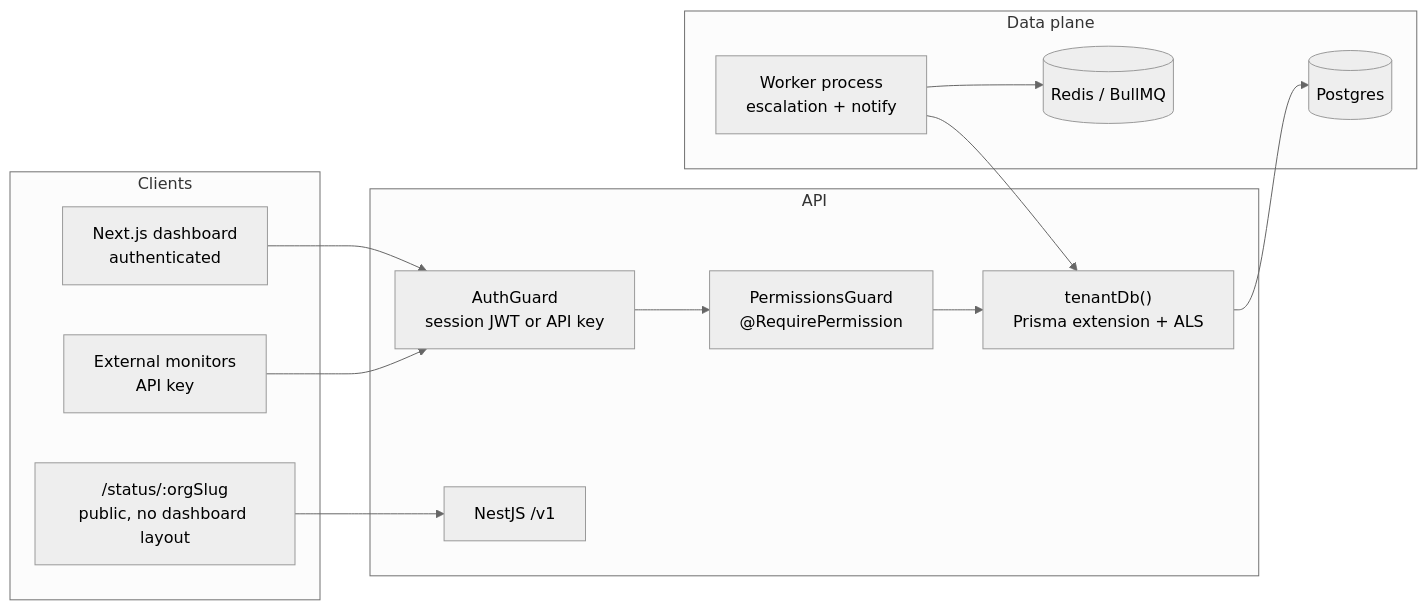
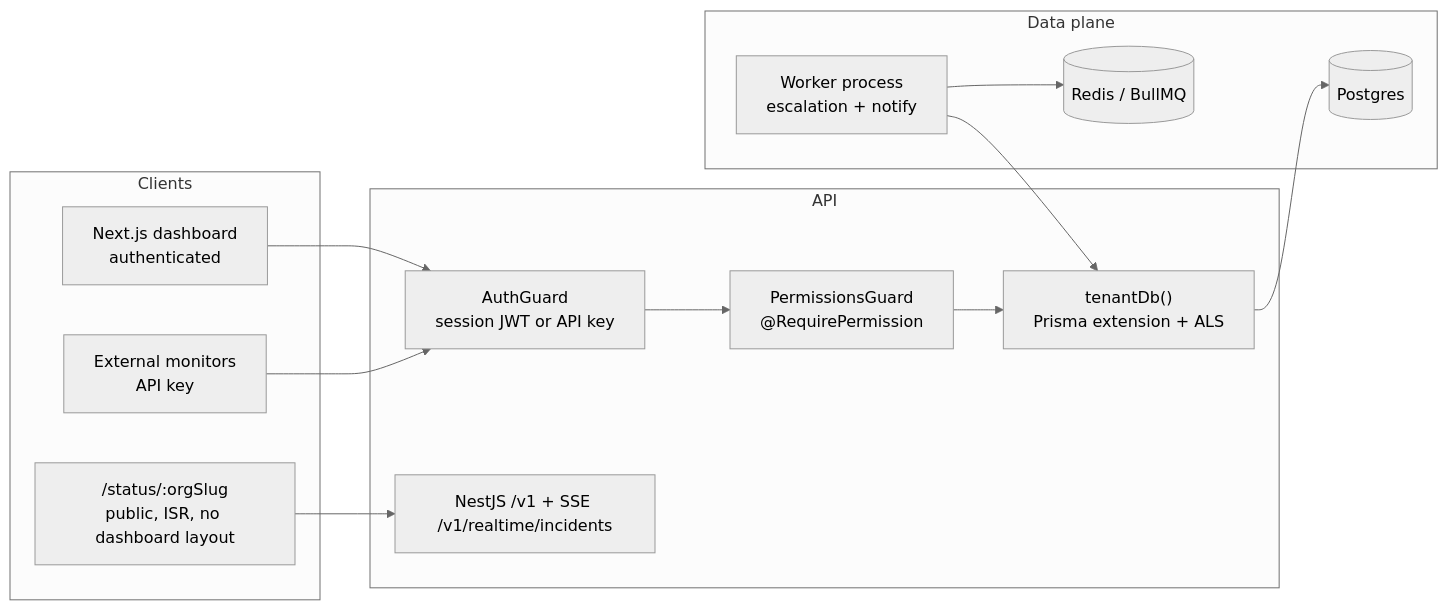
Before and after one commit to Abhishek842000/waypoint: the diagram in README.md, drawn with Mermaid (neutral theme). The commit also changed other lines of this file and 1 other file, not shown here.

Commit message:
Record Phase 4: SSE live updates, public status allow-list, and the SSE-vs-WebSocket tradeoff.

````diff
--- a/README.md
+++ b/README.md
@@ -11,28 +13,28 @@
 ```mermaid
 flowchart LR
   subgraph clients [Clients]
     Web["Next.js dashboard<br/>authenticated"]
-    Status["/status/:orgSlug<br/>public, no dashboard layout"]
+    Status["/status/:orgSlug<br/>public, ISR, no dashboard layout"]
     Ext["External monitors<br/>API key"]
   end
 
   subgraph edge [API]
     Auth["AuthGuard<br/>session JWT or API key"]
     RBAC["PermissionsGuard<br/>@RequirePermission"]
     Tenant["tenantDb()<br/>Prisma extension + ALS"]
-    Nest["NestJS /v1"]
+    Nest["NestJS /v1 + SSE /v1/realtime/incidents"]
   end
 
   subgraph data [Data plane]
     PG[(Postgres)]
     Redis[(Redis / BullMQ)]
     Worker["Worker process<br/>escalation + notify"]
   end
 
   Web --> Auth
   Status --> Nest
   Ext --> Auth
   Auth --> RBAC --> Tenant --> PG
   Worker --> Redis
   Worker --> Tenant
 ```
````
